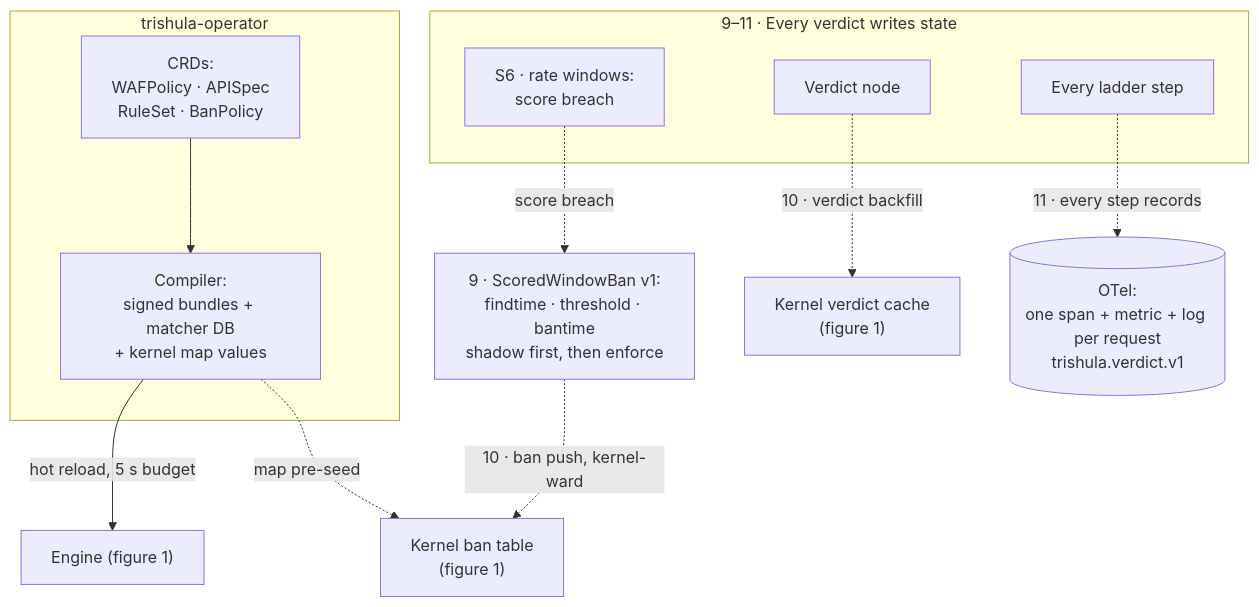
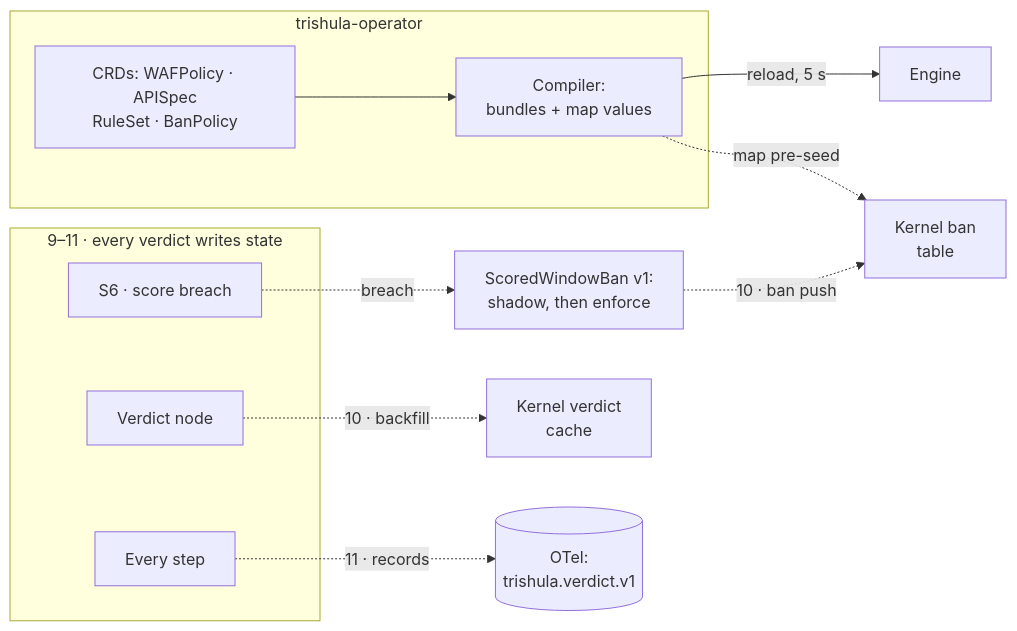
The fourth of 5 diagrams in index.qmd (trishula-dev/trishula-website), drawn with Mermaid before and after one commit. The commit also changed other lines of this file, not shown here.

````diff
--- a/index.qmd
+++ b/index.qmd
@@ -172,26 +165,23 @@
 ```{mermaid}
-flowchart TB
-    subgraph SRC["9–11 · Every verdict writes state"]
-        S6X["S6 · rate windows:<br/>score breach"]
+flowchart LR
+    subgraph SRC["9–11 · every verdict writes state"]
+        S6X["S6 · score breach"]
         VX["Verdict node"]
-        LDX["Every ladder step"]
+        LDX["Every step"]
     end
 
-    SWB["9 · ScoredWindowBan v1:<br/>findtime · threshold · bantime<br/>shadow first, then enforce"]
-    S6X -.->|"score breach"| SWB
-    SWB -.->|"10 · ban push, kernel-ward"| KB["Kernel ban table<br/>(figure 1)"]
-
-    VX -.->|"10 · verdict backfill"| KC["Kernel verdict cache<br/>(figure 1)"]
-
-    LDX -.->|"11 · every step records"| TEL[("OTel:<br/>one span + metric + log per request<br/>trishula.verdict.v1")]
+    SWB["ScoredWindowBan v1:<br/>shadow, then enforce"]
+    S6X -.->|breach| SWB
+    SWB -.->|"10 · ban push"| KB["Kernel ban<br/>table"]
+    VX -.->|"10 · backfill"| KC["Kernel verdict<br/>cache"]
+    LDX -.->|"11 · records"| TEL[("OTel:<br/>trishula.verdict.v1")]
 
     subgraph CP["trishula-operator"]
-        CRD["CRDs:<br/>WAFPolicy · APISpec<br/>RuleSet · BanPolicy"] --> COMP["Compiler:<br/>signed bundles + matcher DB<br/>+ kernel map values"]
+        CRD["CRDs: WAFPolicy · APISpec<br/>RuleSet · BanPolicy"] --> COMP["Compiler:<br/>bundles + map values"]
     end
-    COMP -->|"hot reload, 5 s budget"| ENGC["Engine (figure 1)"]
+    COMP -->|"reload, 5 s"| ENG["Engine"]
     COMP -.->|"map pre-seed"| KB
 
-    click KB "#fig-journey" "The kernel plane (figure 1)"
-    click KC "#fig-journey" "The kernel plane (figure 1)"
-    click ENGC "#fig-journey" "The engine (figure 1)"
+    click KB "#fig-kernel" "The kernel plane"
+    click ENG "#fig-gateway" "The engine"
 ```
````
